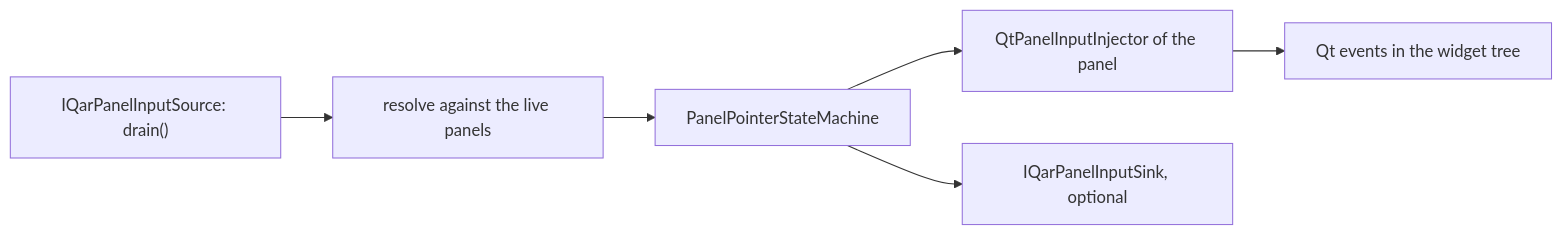
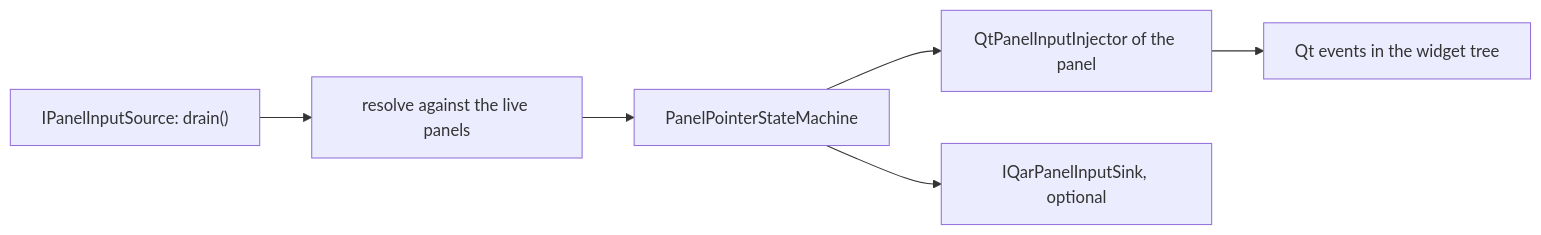
The fourth of 4 diagrams in docs/ARCHITECTURE.md (Quaternar/qaros-qt), drawn with Mermaid before and after one commit. The commit also changed other lines of this file and 20 other files, not shown here.

````diff
--- a/docs/ARCHITECTURE.md
+++ b/docs/ARCHITECTURE.md
@@ -214,8 +216,8 @@
 ```mermaid
 flowchart LR
-  src["IQarPanelInputSource: drain()"] --> res["resolve against the live panels"]
+  src["IPanelInputSource: drain()"] --> res["resolve against the live panels"]
   res --> sm["PanelPointerStateMachine"]
   sm --> inj["QtPanelInputInjector of the panel"]
   sm --> sink["IQarPanelInputSink, optional"]
   inj --> w["Qt events in the widget tree"]
 ```
````
